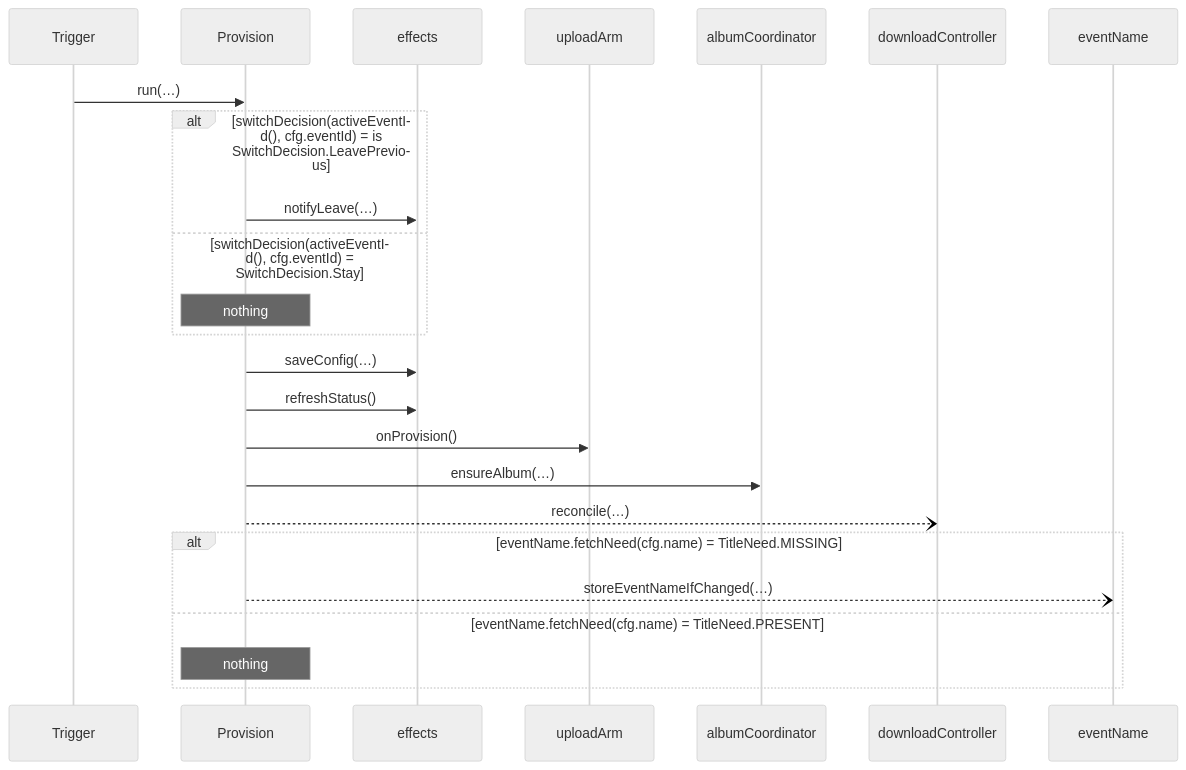
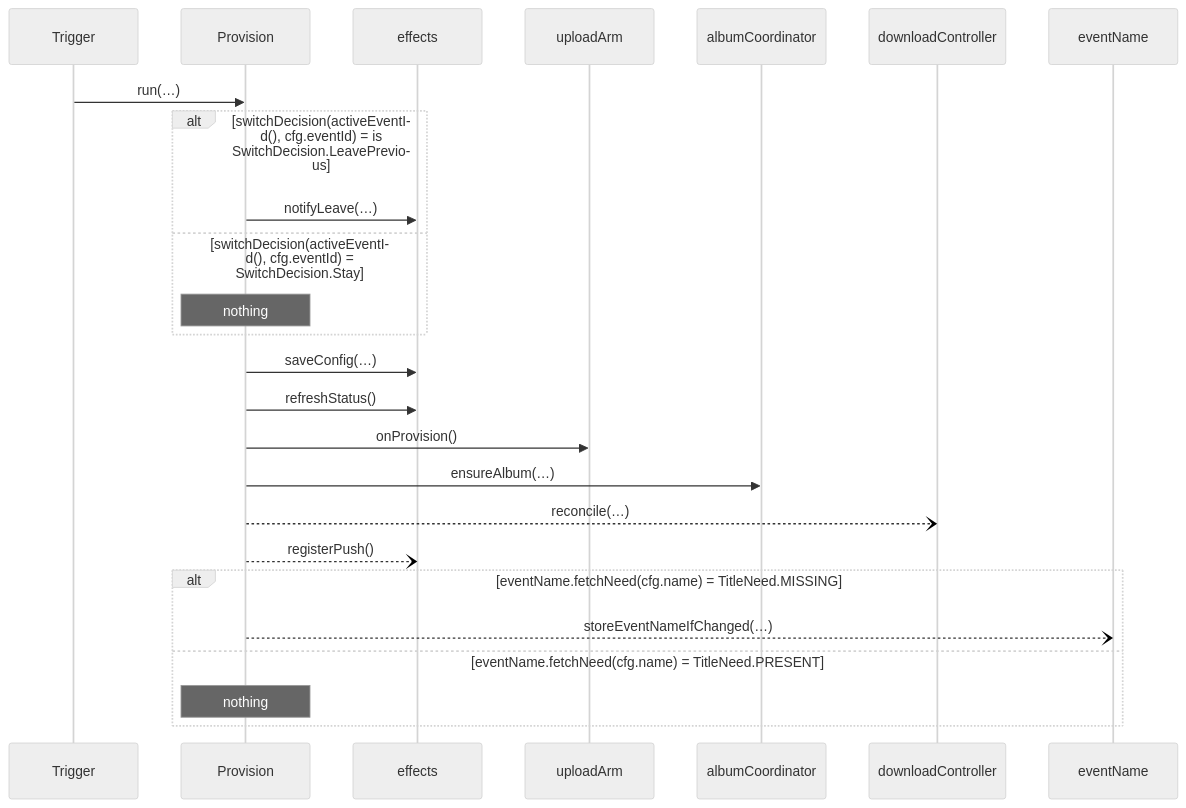
The diagram in architecture/flows/Provision.md (stefanhoelzl/SnapSync), drawn with Mermaid (neutral theme) before and after one commit. The commit also changed 41 other files, not shown here.

````diff
--- a/architecture/flows/Provision.md
+++ b/architecture/flows/Provision.md
@@ -14,26 +14,27 @@
 ```mermaid
 sequenceDiagram
   participant Trigger
   participant Provision
   participant effects
   participant uploadArm
   participant albumCoordinator
   participant downloadController
   participant eventName
   Trigger->>Provision: run(…)
   alt switchDecision(activeEventId(), cfg.eventId) = is SwitchDecision.LeavePrevious
     Provision->>effects: notifyLeave(…)
   else switchDecision(activeEventId(), cfg.eventId) = SwitchDecision.Stay
     Note over Provision: nothing
   end
   Provision->>effects: saveConfig(…)
   Provision->>effects: refreshStatus()
   Provision->>uploadArm: onProvision()
   Provision->>albumCoordinator: ensureAlbum(…)
   Provision--)downloadController: reconcile(…)
+  Provision--)effects: registerPush()
   alt eventName.fetchNeed(cfg.name) = TitleNeed.MISSING
     Provision--)eventName: storeEventNameIfChanged(…)
   else eventName.fetchNeed(cfg.name) = TitleNeed.PRESENT
     Note over Provision: nothing
   end
 ```
````
